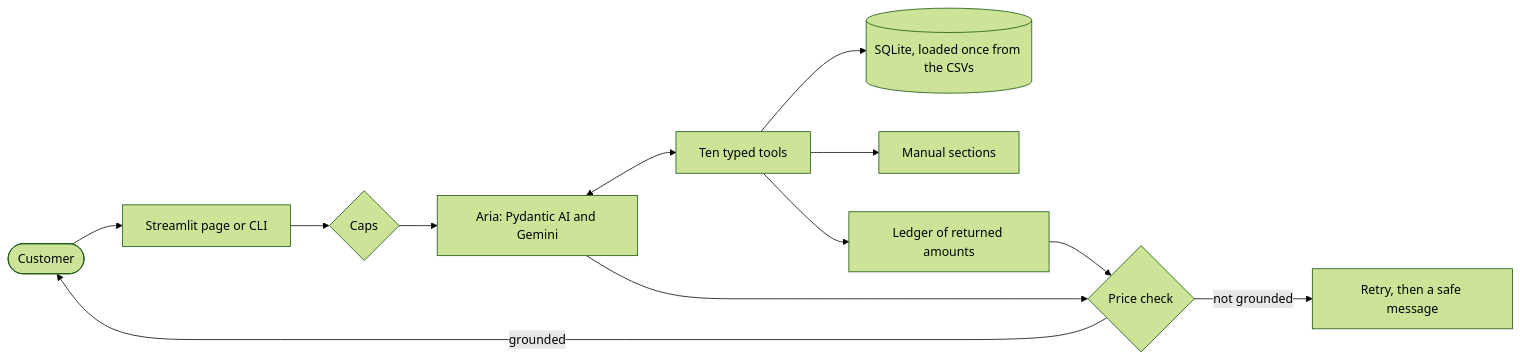
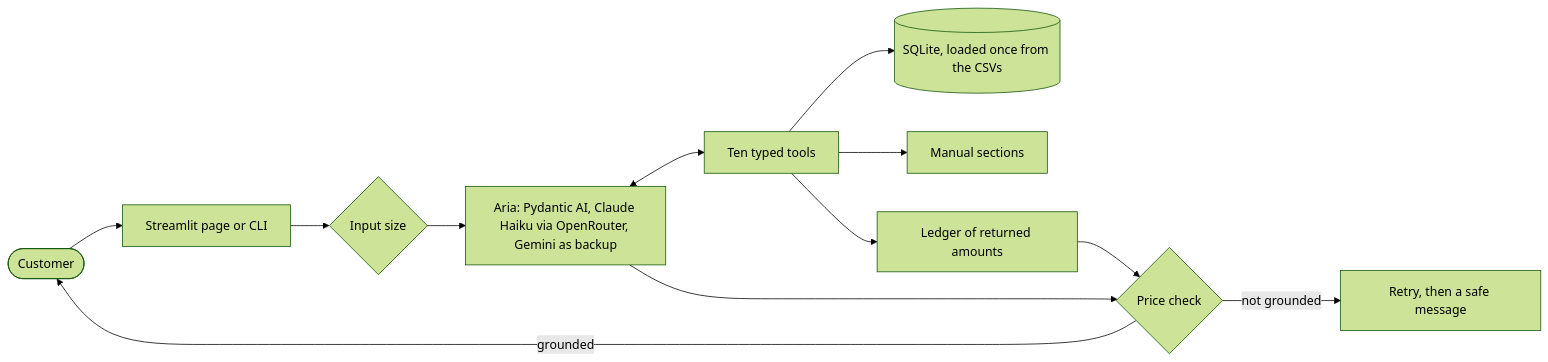
One commit to melocalex/music-store-ai-agent changed the diagram in README.md. Above: the diagram before and after it, drawn with Mermaid (forest theme). The commit also changed other lines of this file and 26 other files, not shown here.

First line of the commit message:
feat(models): answer with OpenRouter first, keep Gemini as backup, drop the visitor turn caps

````diff
--- a/README.md
+++ b/README.md
@@ -109,14 +109,14 @@
 ```mermaid
 flowchart LR
   customer([Customer]) --> page[Streamlit page or CLI]
-  page --> caps{Caps}
-  caps --> aria[Aria: Pydantic AI and Gemini]
+  page --> size{Input size}
+  size --> aria[Aria: Pydantic AI, Claude Haiku via OpenRouter, Gemini as backup]
   aria <--> tools[Ten typed tools]
   tools --> db[(SQLite, loaded once from the CSVs)]
   tools --> manual[Manual sections]
   tools --> ledger[Ledger of returned amounts]
   aria --> check{Price check}
   ledger --> check
   check -- grounded --> customer
   check -- not grounded --> retry[Retry, then a safe message]
 ```
````
